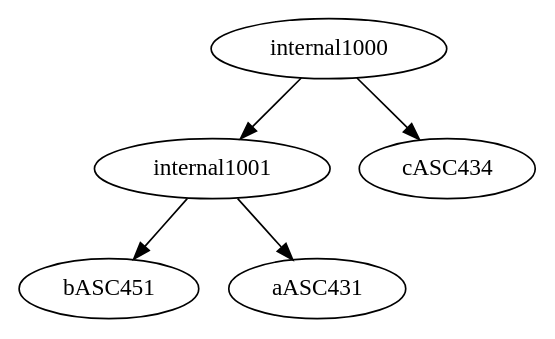
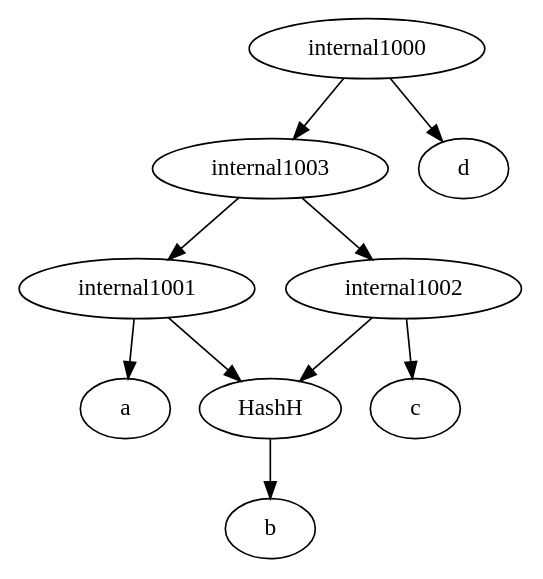
Before and after one commit to iharnoor/PhylogeneticsWebsite: the diagram in ParsingTxt/Launcher/upload.dot, drawn with Graphviz. The commit also changed 4 other files, not shown here.

```diff
--- a/ParsingTxt/Launcher/upload.dot
+++ b/ParsingTxt/Launcher/upload.dot
@@ -1,6 +1,11 @@
 strict digraph G1 {
-internal1001 -> bASC451
-internal1001 -> aASC431
-internal1000 -> cASC434
-internal1000 -> internal1001
+HashH -> b
+internal1001 -> HashH
+internal1001 -> a
+internal1002 -> c
+internal1002 -> HashH
+internal1003 -> internal1002
+internal1003 -> internal1001
+internal1000 -> d
+internal1000 -> internal1003
 }
```
